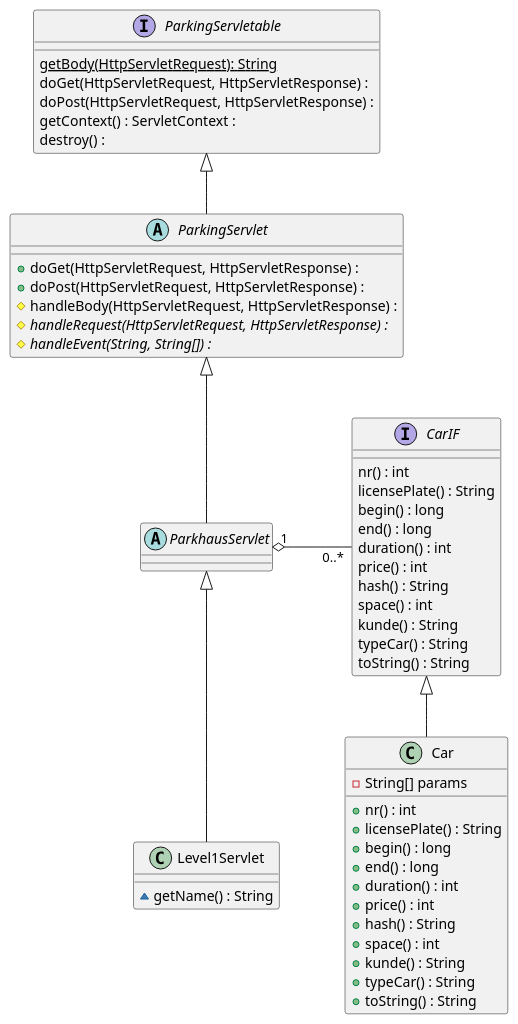
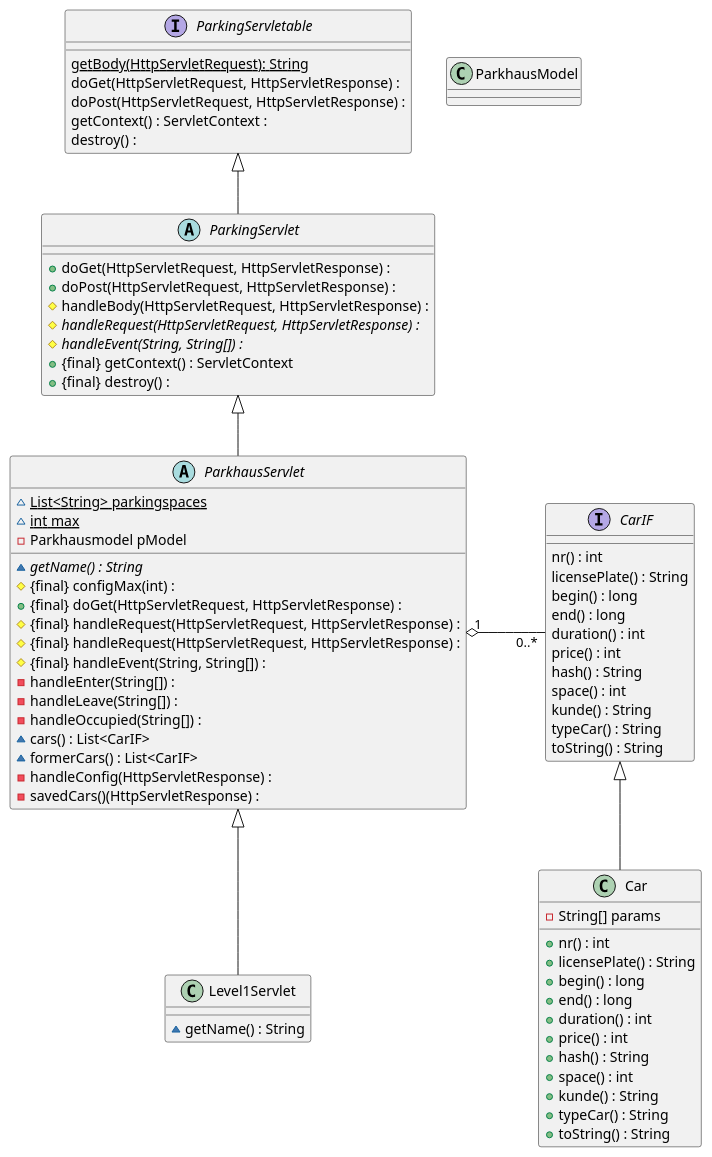
One commit to 1nbetw33n/Parkhaus_new changed the diagram in src/main/parkhaus-project/Parkhaus/java/Planung/DIAGRAMM/cd_Parkhaus.puml. Above: the diagram before and after it, drawn with PlantUML.

Commit message:
added ParkhausServlet to cd_Parkhaus.puml

```diff
--- a/src/main/parkhaus-project/Parkhaus/java/Planung/DIAGRAMM/cd_Parkhaus.puml
+++ b/src/main/parkhaus-project/Parkhaus/java/Planung/DIAGRAMM/cd_Parkhaus.puml
@@ -1,64 +1,86 @@
 @startuml
 'https://plantuml.com/class-diagram
 interface ParkingServletable {
     {static} getBody(HttpServletRequest): String
     doGet(HttpServletRequest, HttpServletResponse) :
     doPost(HttpServletRequest, HttpServletResponse) :
     getContext() : ServletContext :
     destroy() :
 }
 abstract class ParkingServlet {
     + doGet(HttpServletRequest, HttpServletResponse) :
     + doPost(HttpServletRequest, HttpServletResponse) :
     # handleBody(HttpServletRequest, HttpServletResponse) :
     # {abstract} handleRequest(HttpServletRequest, HttpServletResponse) :
     # {abstract} handleEvent(String, String[]) :
+    + {final} getContext() : ServletContext
+    + {final} destroy() :
 }
 
 abstract class ParkhausServlet {
+    ~ {static} List<String> parkingspaces
+    ~ {static} int max
+    - Parkhausmodel pModel
+
+    ~ {abstract} getName() : String
+    # {final} configMax(int) :
+    + {final} doGet(HttpServletRequest, HttpServletResponse) :
+    # {final} handleRequest(HttpServletRequest, HttpServletResponse) :
+    # {final} handleRequest(HttpServletRequest, HttpServletResponse) :
+    # {final} handleEvent(String, String[]) :
+    - handleEnter(String[]) :
+    - handleLeave(String[]) :
+    - handleOccupied(String[]) :
+    ~ cars() : List<CarIF>
+    ~ formerCars() : List<CarIF>
+    - handleConfig(HttpServletResponse) :
+    - savedCars()(HttpServletResponse) :
+}
+
+class ParkhausModel {
 
 }
 
 class Level1Servlet {
     ~ getName() : String
 }
 
 class Car {
     - String[] params
     + nr() : int
     + licensePlate() : String
     + begin() : long
     + end() : long
     + duration() : int
     + price() : int
     + hash() : String
     + space() : int
     + kunde() : String
     + typeCar() : String
     + toString() : String
 }
 interface CarIF{
     nr() : int
     licensePlate() : String
     begin() : long
     end() : long
     duration() : int
     price() : int
     hash() : String
     space() : int
     kunde() : String
     typeCar() : String
     toString() : String
 }
 
 
 ParkingServletable <|-- ParkingServlet
 ParkingServlet <|-- ParkhausServlet
 ParkhausServlet <|-- Level1Servlet
 
 CarIF "0..*" -left-o "1" ParkhausServlet : "             "
 CarIF <|-- Car
 
 
 
 @enduml
```
